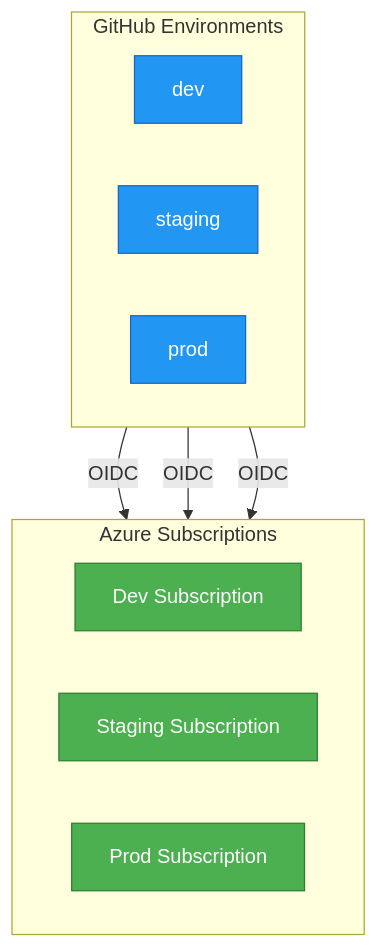
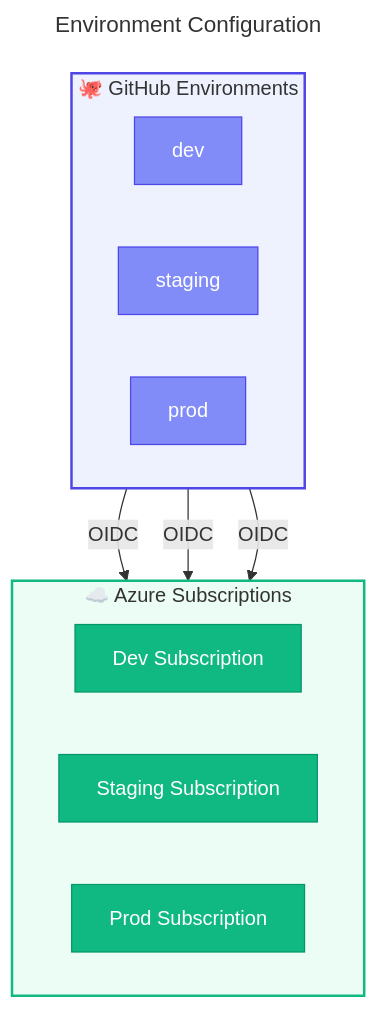
The fourth of 7 diagrams in docs/architecture/07-deployment-architecture.md (Evilazaro/DevExp-DevBox), drawn with Mermaid before and after one commit. The commit also changed other lines of this file, not shown here.

Commit message:
Enhance high-level architecture diagrams in deployment documentation for improved clarity and detail, including refined connections and node styles.

````diff
--- a/docs/architecture/07-deployment-architecture.md
+++ b/docs/architecture/07-deployment-architecture.md
@@ -235,26 +266,37 @@
 ```mermaid
+---
+title: Environment Configuration
+---
 flowchart TB
-    subgraph "GitHub Environments"
+    %% ===== GITHUB ENVIRONMENTS =====
+    subgraph GitHubEnv["🐙 GitHub Environments"]
         direction LR
         ENV1["dev"]
         ENV2["staging"]
         ENV3["prod"]
     end
 
-    subgraph "Azure Subscriptions"
+    %% ===== AZURE SUBSCRIPTIONS =====
+    subgraph AzureSub["☁️ Azure Subscriptions"]
         direction LR
         SUB1["Dev Subscription"]
         SUB2["Staging Subscription"]
         SUB3["Prod Subscription"]
     end
 
-    ENV1 --> |OIDC| SUB1
-    ENV2 --> |OIDC| SUB2
-    ENV3 --> |OIDC| SUB3
+    %% ===== CONNECTIONS =====
+    ENV1 -->|OIDC| SUB1
+    ENV2 -->|OIDC| SUB2
+    ENV3 -->|OIDC| SUB3
 
-    classDef env fill:#2196F3,stroke:#1565C0,color:#fff
-    classDef azure fill:#4CAF50,stroke:#2E7D32,color:#fff
+    %% ===== NODE STYLES =====
+    classDef trigger fill:#818CF8,stroke:#4F46E5,color:#FFFFFF
+    classDef secondary fill:#10B981,stroke:#059669,color:#FFFFFF
 
-    class ENV1,ENV2,ENV3 env
-    class SUB1,SUB2,SUB3 azure
+    class ENV1,ENV2,ENV3 trigger
+    class SUB1,SUB2,SUB3 secondary
+
+    %% ===== SUBGRAPH STYLES =====
+    style GitHubEnv fill:#EEF2FF,stroke:#4F46E5,stroke-width:2px
+    style AzureSub fill:#ECFDF5,stroke:#10B981,stroke-width:2px
 ```
````
